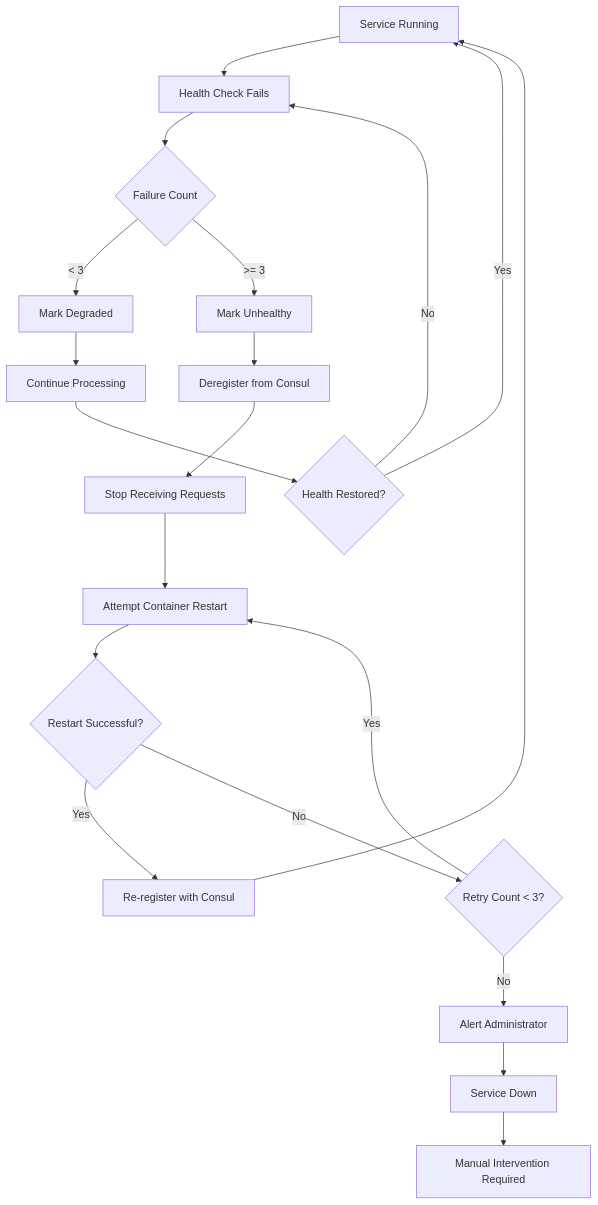
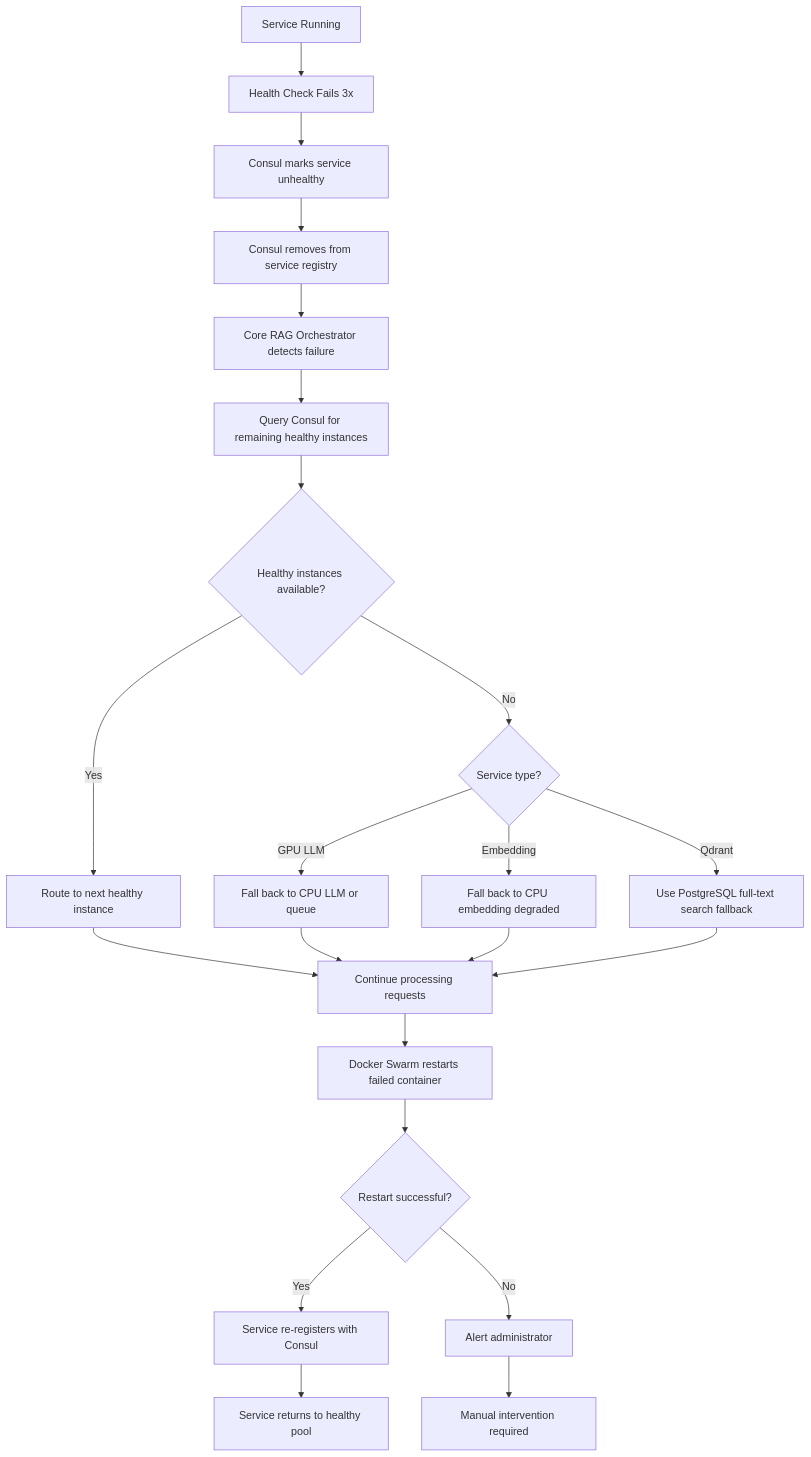
The fifth of 5 diagrams in .kiro/specs/morgan-multi-host-mvp/design.md (lazarevtill/Morgan), drawn with Mermaid before and after one commit. The commit also changed other lines of this file and 12 other files, not shown here.

````diff
--- a/.kiro/specs/morgan-multi-host-mvp/design.md
+++ b/.kiro/specs/morgan-multi-host-mvp/design.md
@@ -702,27 +2082,31 @@
 ```mermaid
 flowchart TD
-    A[Service Running] --> B[Health Check Fails]
-    B --> C{Failure Count}
-    C -->|< 3| D[Mark Degraded]
-    C -->|>= 3| E[Mark Unhealthy]
+    A[Service Running] --> B[Health Check Fails 3x]
+    B --> C[Consul marks service unhealthy]
+    C --> D[Consul removes from service registry]
 
-    D --> F[Continue Processing]
-    F --> G{Health Restored?}
-    G -->|Yes| A
-    G -->|No| B
+    D --> E[Core RAG Orchestrator detects failure]
+    E --> F[Query Consul for remaining healthy instances]
+    F --> G{Healthy instances available?}
 
-    E --> H[Deregister from Consul]
-    H --> I[Stop Receiving Requests]
-    I --> J[Attempt Container Restart]
-    J --> K{Restart Successful?}
+    G -->|Yes| H[Route to next healthy instance]
+    G -->|No| I{Service type?}
 
-    K -->|Yes| L[Re-register with Consul]
-    L --> A
+    I -->|GPU LLM| J[Fall back to CPU LLM or queue]
+    I -->|Embedding| K[Fall back to CPU embedding degraded]
+    I -->|Qdrant| L[Use PostgreSQL full-text search fallback]
 
-    K -->|No| M{Retry Count < 3?}
-    M -->|Yes| J
-    M -->|No| N[Alert Administrator]
-    N --> O[Service Down]
+    H --> M[Continue processing requests]
+    J --> M
+    K --> M
+    L --> M
 
-    O --> P[Manual Intervention Required]
+    M --> N[Docker Swarm restarts failed container]
+    N --> O{Restart successful?}
+
+    O -->|Yes| P[Service re-registers with Consul]
+    P --> Q[Service returns to healthy pool]
+
+    O -->|No| R[Alert administrator]
+    R --> S[Manual intervention required]
 ```
````
